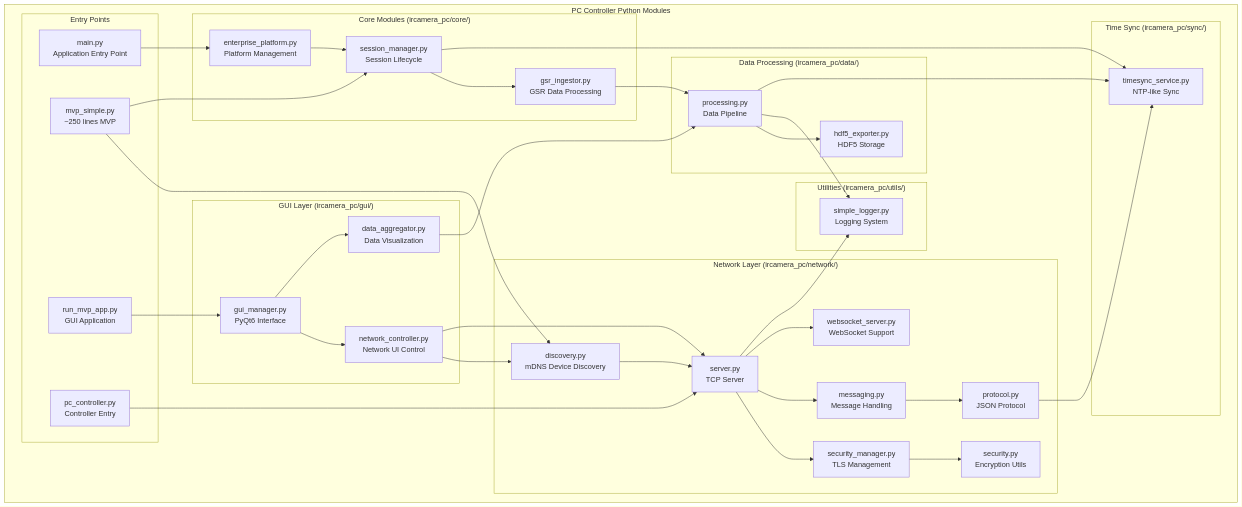
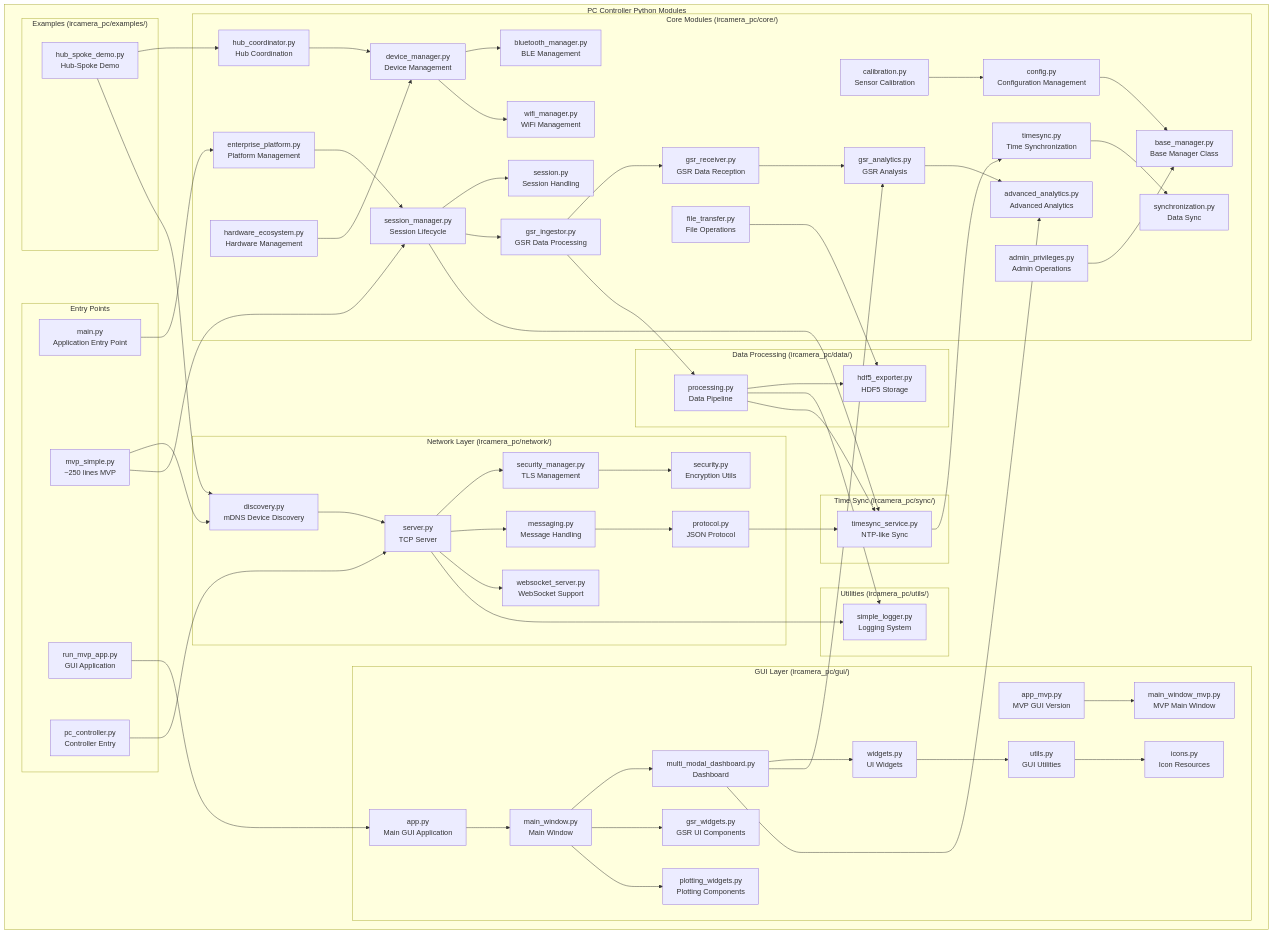
Diagram 11 of 24 in docs/COMPREHENSIVE_ARCHITECTURE_DIAGRAMS.md (uclgsr/IRCamera), drawn with Mermaid before and after one commit. The commit also changed other lines of this file, not shown here.

Commit message:
Update all Mermaid diagrams with comprehensive architecture coverage - 19 detailed diagrams

````diff
--- a/docs/COMPREHENSIVE_ARCHITECTURE_DIAGRAMS.md
+++ b/docs/COMPREHENSIVE_ARCHITECTURE_DIAGRAMS.md
@@ -1233,6 +1233,22 @@
             EnterpriseCore[enterprise_platform.py<br/>Platform Management]
             SessionMgr[session_manager.py<br/>Session Lifecycle]
             GSRIngestor[gsr_ingestor.py<br/>GSR Data Processing]
+            DeviceManager[device_manager.py<br/>Device Management]
+            HubCoordinator[hub_coordinator.py<br/>Hub Coordination]
+            BluetoothMgr[bluetooth_manager.py<br/>BLE Management]
+            WiFiMgr[wifi_manager.py<br/>WiFi Management]
+            ConfigMgr[config.py<br/>Configuration Management]
+            Calibration[calibration.py<br/>Sensor Calibration]
+            Session[session.py<br/>Session Handling]
+            Timesync[timesync.py<br/>Time Synchronization]
+            Synchronization[synchronization.py<br/>Data Sync]
+            GSRReceiver[gsr_receiver.py<br/>GSR Data Reception]
+            GSRAnalytics[gsr_analytics.py<br/>GSR Analysis]
+            AdvancedAnalytics[advanced_analytics.py<br/>Advanced Analytics]
+            HardwareEcosystem[hardware_ecosystem.py<br/>Hardware Management]
+            FileTransfer[file_transfer.py<br/>File Operations]
+            BaseManager[base_manager.py<br/>Base Manager Class]
+            AdminPrivileges[admin_privileges.py<br/>Admin Operations]
         end
         
         subgraph "Network Layer (ircamera_pc/network/)"
@@ -1250,6 +1266,19 @@
             HDF5Export[hdf5_exporter.py<br/>HDF5 Storage]
         end
         
+        subgraph "GUI Layer (ircamera_pc/gui/)"
+            GUIApp[app.py<br/>Main GUI Application]
+            AppMVP[app_mvp.py<br/>MVP GUI Version]
+            MainWindow[main_window.py<br/>Main Window]
+            MainWindowMVP[main_window_mvp.py<br/>MVP Main Window]
+            MultiModalDash[multi_modal_dashboard.py<br/>Dashboard]
+            GSRWidgets[gsr_widgets.py<br/>GSR UI Components]
+            PlottingWidgets[plotting_widgets.py<br/>Plotting Components]
+            Widgets[widgets.py<br/>UI Widgets]
+            GUIUtils[utils.py<br/>GUI Utilities]
+            Icons[icons.py<br/>Icon Resources]
+        end
+        
         subgraph "Utilities (ircamera_pc/utils/)"
             SimpleLogger[simple_logger.py<br/>Logging System]
         end
@@ -1258,10 +1287,8 @@
             TimeSyncSvc[timesync_service.py<br/>NTP-like Sync]
         end
         
-        subgraph "GUI Layer (ircamera_pc/gui/)"
-            GUIManager[gui_manager.py<br/>PyQt6 Interface]
-            NetworkController[network_controller.py<br/>Network UI Control]
-            DataAggregator[data_aggregator.py<br/>Data Visualization]
+        subgraph "Examples (ircamera_pc/examples/)"
+            HubSpokeDemo[hub_spoke_demo.py<br/>Hub-Spoke Demo]
         end
     end
     
@@ -1269,12 +1296,24 @@
     MainPy --> EnterpriseCore
     MVPSimple --> Discovery
     MVPSimple --> SessionMgr
-    RunApp --> GUIManager
+    RunApp --> GUIApp
     PCController --> Server
     
     %% Core module connections
     EnterpriseCore --> SessionMgr
+    SessionMgr --> Session
     SessionMgr --> GSRIngestor
+    DeviceManager --> BluetoothMgr
+    DeviceManager --> WiFiMgr
+    HubCoordinator --> DeviceManager
+    ConfigMgr --> BaseManager
+    Calibration --> ConfigMgr
+    GSRIngestor --> GSRReceiver
+    GSRReceiver --> GSRAnalytics
+    GSRAnalytics --> AdvancedAnalytics
+    HardwareEcosystem --> DeviceManager
+    Timesync --> Synchronization
+    AdminPrivileges --> BaseManager
     
     %% Network layer connections
     Discovery --> Server
@@ -1287,20 +1326,31 @@
     %% Data processing connections
     GSRIngestor --> Processing
     Processing --> HDF5Export
+    FileTransfer --> HDF5Export
     
     %% GUI connections
-    GUIManager --> NetworkController
-    NetworkController --> Discovery
-    NetworkController --> Server
-    GUIManager --> DataAggregator
-    DataAggregator --> Processing
+    GUIApp --> MainWindow
+    AppMVP --> MainWindowMVP
+    MainWindow --> MultiModalDash
+    MainWindow --> GSRWidgets
+    MainWindow --> PlottingWidgets
+    MultiModalDash --> Widgets
+    Widgets --> GUIUtils
+    GUIUtils --> Icons
     
     %% Utility connections
     Server --> SimpleLogger
     Processing --> SimpleLogger
     SessionMgr --> TimeSyncSvc
+    TimeSyncSvc --> Timesync
+    
+    %% Example connections
+    HubSpokeDemo --> HubCoordinator
+    HubSpokeDemo --> Discovery
     
     %% Cross-module dependencies
     Protocol --> TimeSyncSvc
     Processing --> TimeSyncSvc
+    MultiModalDash --> GSRAnalytics
+    MultiModalDash --> AdvancedAnalytics
 ```
````
